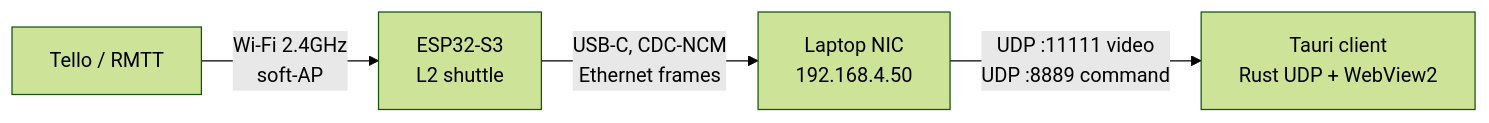
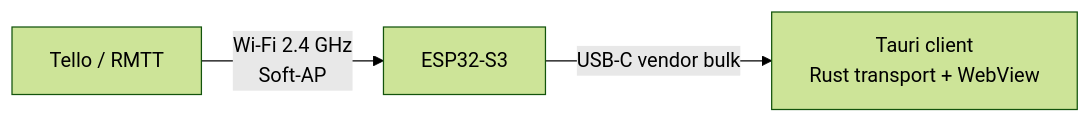
One commit to KimMgyo/AIdrone changed the diagram in README.md. Above: the diagram before and after it, drawn with Mermaid (forest theme). The commit also changed other lines of this file and 45 other files, not shown here.

````diff
--- a/README.md
+++ b/README.md
@@ -22,6 +19,5 @@
 ```mermaid
 graph LR
-  T[Tello / RMTT] -->|Wi-Fi 2.4GHz<br/>soft-AP <deployment Soft-AP SSID>| E[ESP32-S3<br/>L2 shuttle]
-  E -->|USB-C, CDC-NCM<br/>Ethernet frames| L[Laptop NIC<br/>192.168.4.50]
-  L -->|UDP :11111 video<br/>UDP :8889 command| A[Tauri client<br/>Rust UDP + WebView2]
+  T[Tello / RMTT] -->|Wi-Fi 2.4 GHz<br/>Soft-AP| E[ESP32-S3]
+  E -->|USB-C vendor bulk| A[Tauri client<br/>Rust transport + WebView]
 ```
````
